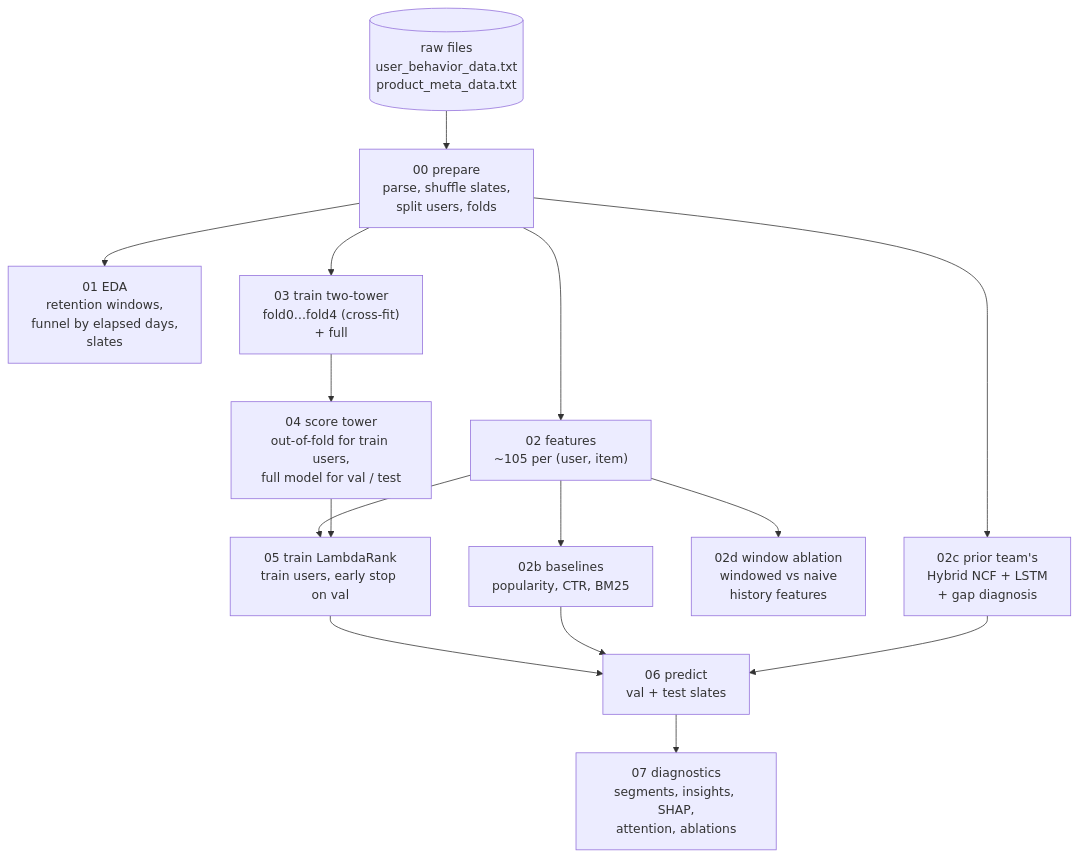
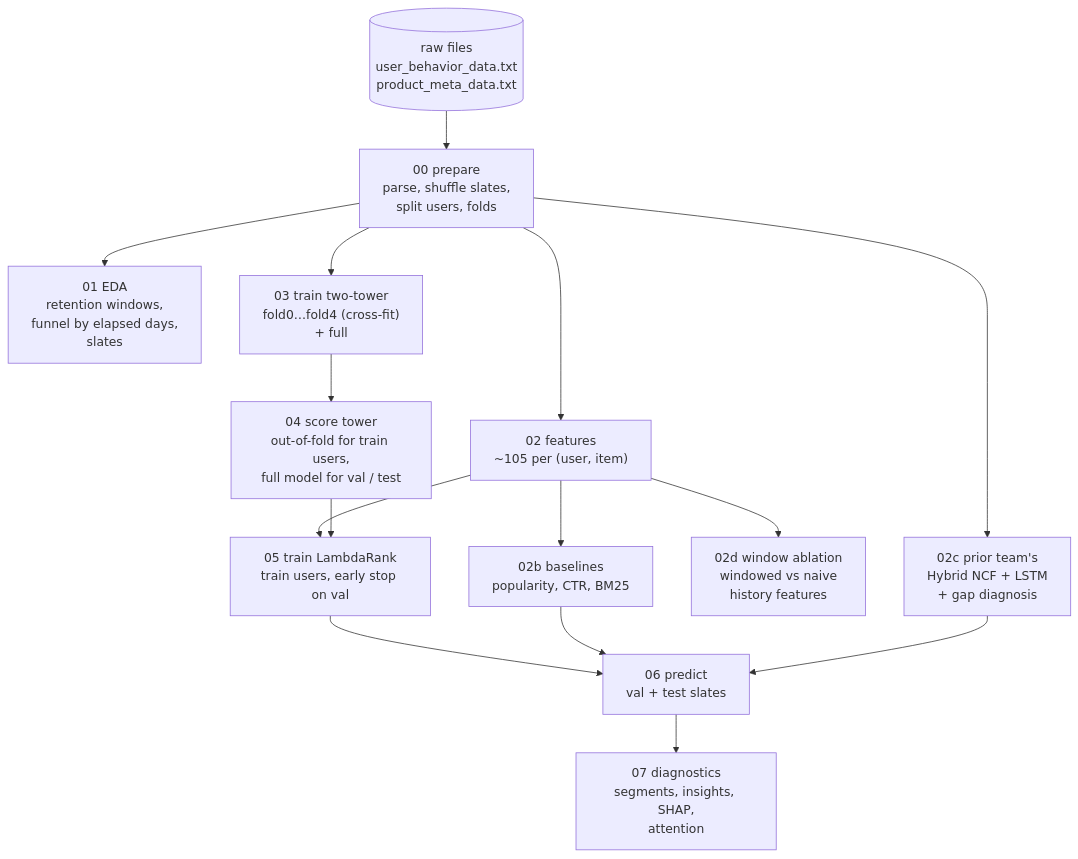
The diagram in README.md (harvestingmoon/bt4222-two-tower-recsys), drawn with Mermaid before and after one commit. The commit also changed other lines of this file and 23 other files, not shown here.

````diff
--- a/README.md
+++ b/README.md
@@ -141,17 +141,17 @@
 ```mermaid
 flowchart TD
     R[("raw files<br/>user_behavior_data.txt<br/>product_meta_data.txt")] --> P["00 prepare<br/>parse, shuffle slates,<br/>split users, folds"]
     P --> E["01 EDA<br/>retention windows,<br/>funnel by elapsed days,<br/>slates"]
     P --> F["02 features<br/>~105 per (user, item)"]
     F --> B["02b baselines<br/>popularity, CTR, BM25"]
     P --> N["02c prior team's<br/>Hybrid NCF + LSTM<br/>+ gap diagnosis"]
     F --> W["02d window ablation<br/>windowed vs naive<br/>history features"]
     P --> T["03 train two-tower<br/>fold0…fold4 (cross-fit)<br/>+ full"]
     T --> S["04 score tower<br/>out-of-fold for train users,<br/>full model for val / test"]
     F --> K["05 train LambdaRank<br/>train users, early stop on val"]
     S --> K
     K --> X["06 predict<br/>val + test slates"]
-    X --> D["07 diagnostics<br/>segments, insights, SHAP,<br/>attention, ablations"]
+    X --> D["07 diagnostics<br/>segments, insights, SHAP,<br/>attention"]
     B --> X
     N --> X
 ```
````
